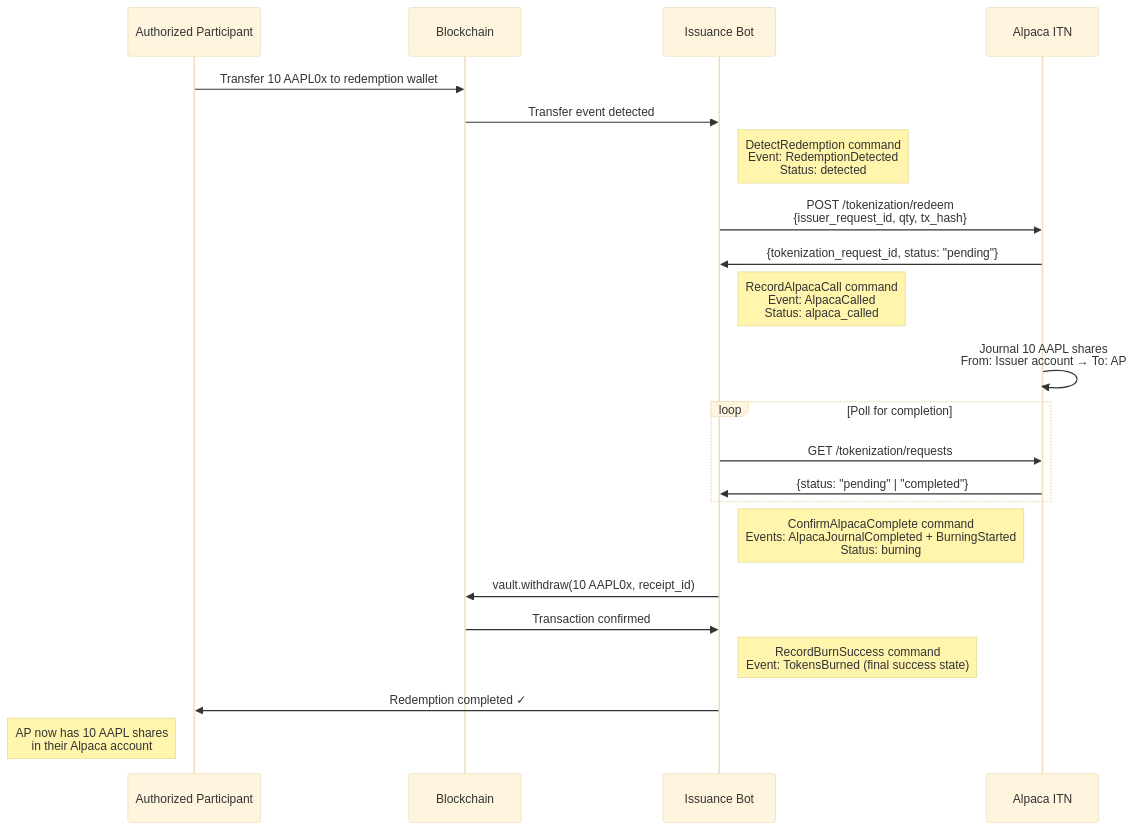
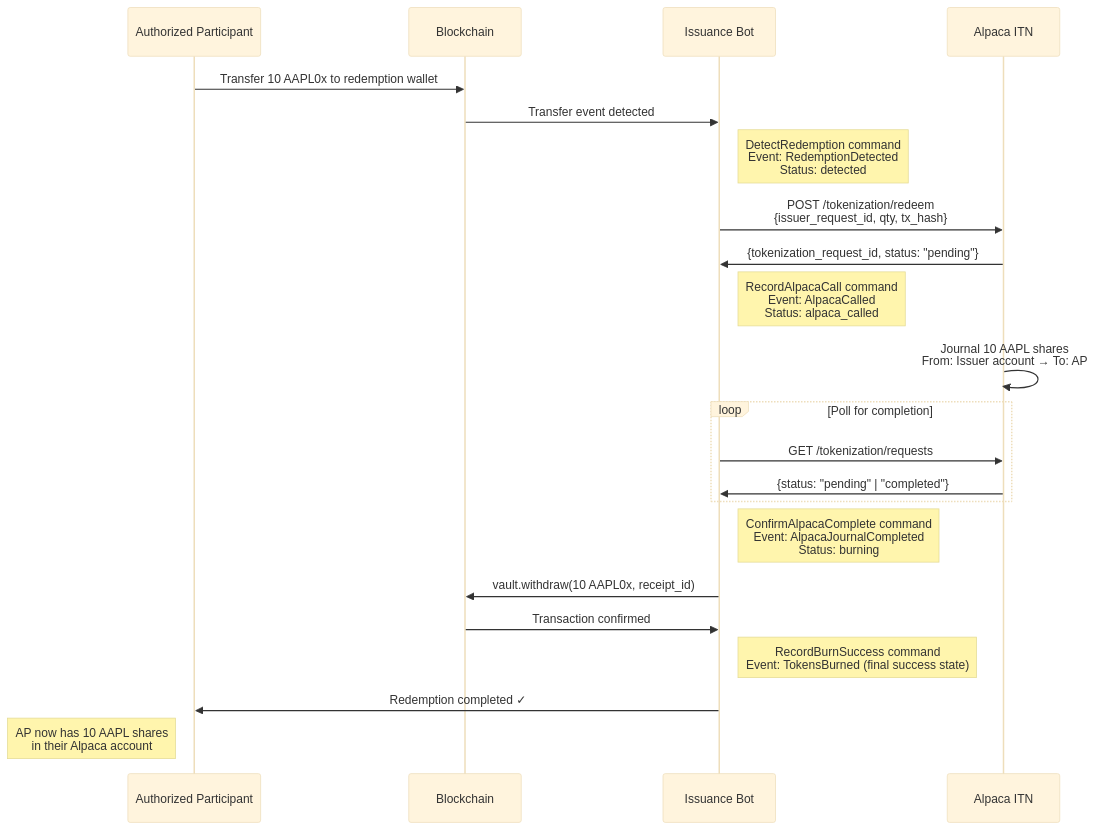
The fourth of 6 diagrams in SPEC.md (ST0x-Technology/st0x.issuance), drawn with Mermaid (base theme) before and after one commit. The commit also changed other lines of this file and 4 other files, not shown here.

````diff
--- a/SPEC.md
+++ b/SPEC.md
@@ -772,31 +770,31 @@
 ```mermaid
 sequenceDiagram
     participant AP as Authorized Participant
     participant Blockchain as Blockchain
     participant Us as Issuance Bot
     participant Alpaca as Alpaca ITN
 
     AP->>Blockchain: Transfer 10 AAPL0x to redemption wallet
     Blockchain->>Us: Transfer event detected
     Note right of Us: DetectRedemption command<br/>Event: RedemptionDetected<br/>Status: detected
 
     Us->>Alpaca: POST /tokenization/redeem<br/>{issuer_request_id, qty, tx_hash}
     Alpaca->>Us: {tokenization_request_id, status: "pending"}
     Note right of Us: RecordAlpacaCall command<br/>Event: AlpacaCalled<br/>Status: alpaca_called
 
     Alpaca->>Alpaca: Journal 10 AAPL shares<br/>From: Issuer account → To: AP
 
     loop Poll for completion
         Us->>Alpaca: GET /tokenization/requests
         Alpaca->>Us: {status: "pending" | "completed"}
     end
 
-    Note right of Us: ConfirmAlpacaComplete command<br/>Events: AlpacaJournalCompleted + BurningStarted<br/>Status: burning
+    Note right of Us: ConfirmAlpacaComplete command<br/>Event: AlpacaJournalCompleted<br/>Status: burning
 
     Us->>Blockchain: vault.withdraw(10 AAPL0x, receipt_id)
     Blockchain->>Us: Transaction confirmed
     Note right of Us: RecordBurnSuccess command<br/>Event: TokensBurned (final success state)
 
     Us->>AP: Redemption completed ✓
     Note left of AP: AP now has 10 AAPL shares<br/>in their Alpaca account
 ```
````
